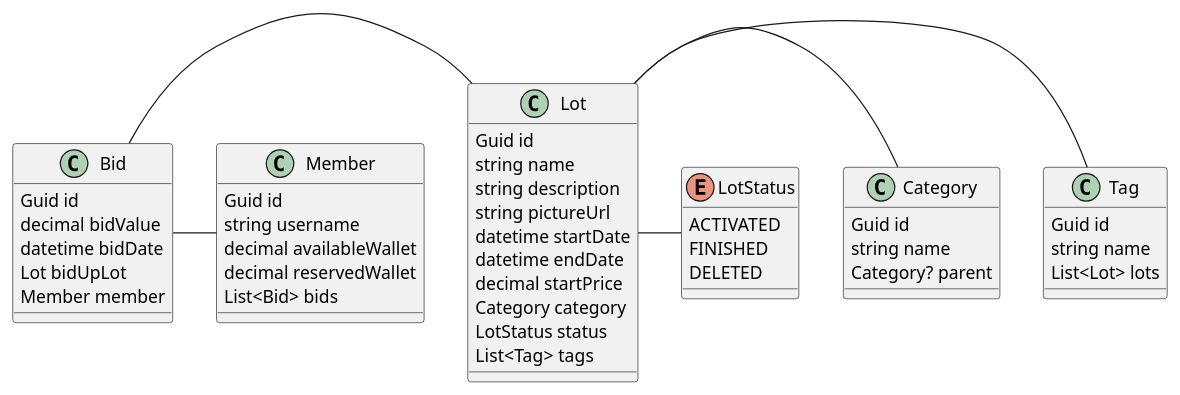
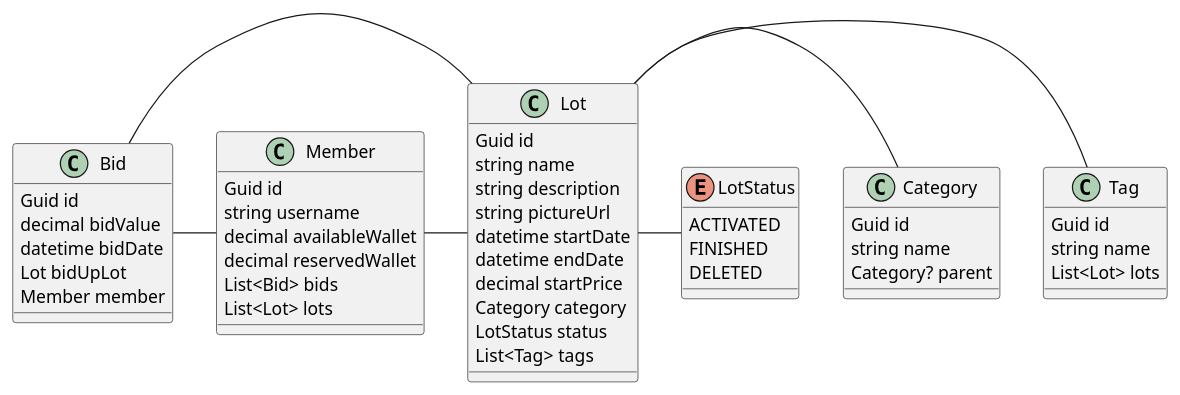
One commit to ETML-ES-LABEFE-SEB-SEB/Backend changed the diagram in docs/class_diagram.puml. Above: the diagram before and after it, drawn with PlantUML. The commit also changed 1 other file, not shown here.

Commit message:
docs: Update class diagram and memberController curl routes

```diff
--- a/docs/class_diagram.puml
+++ b/docs/class_diagram.puml
@@ -1,56 +1,58 @@
 @startuml
 
 class Lot {
     Guid id
     string name
     string description
     string pictureUrl
     datetime startDate
     datetime endDate
     decimal startPrice
     Category category
     LotStatus status
     List<Tag> tags
 }
 
 class Tag {
     Guid id
     string name
     List<Lot> lots
 }
 
 class Category {
     Guid id
     string name
     Category? parent
 }
 
 class Bid {
     Guid id
     decimal bidValue
     datetime bidDate
     Lot bidUpLot
     Member member
 }
 
 class Member {
     Guid id
     string username
     decimal availableWallet
     decimal reservedWallet
     List<Bid> bids
+    List<Lot> lots
 }
 
 enum LotStatus {
     ACTIVATED
     FINISHED
     DELETED
 }
 
 Lot - Tag
 Lot - Category
 Bid - Lot
 Bid - Member
+Member - Lot
 Lot - LotStatus
 
 @enduml
```
